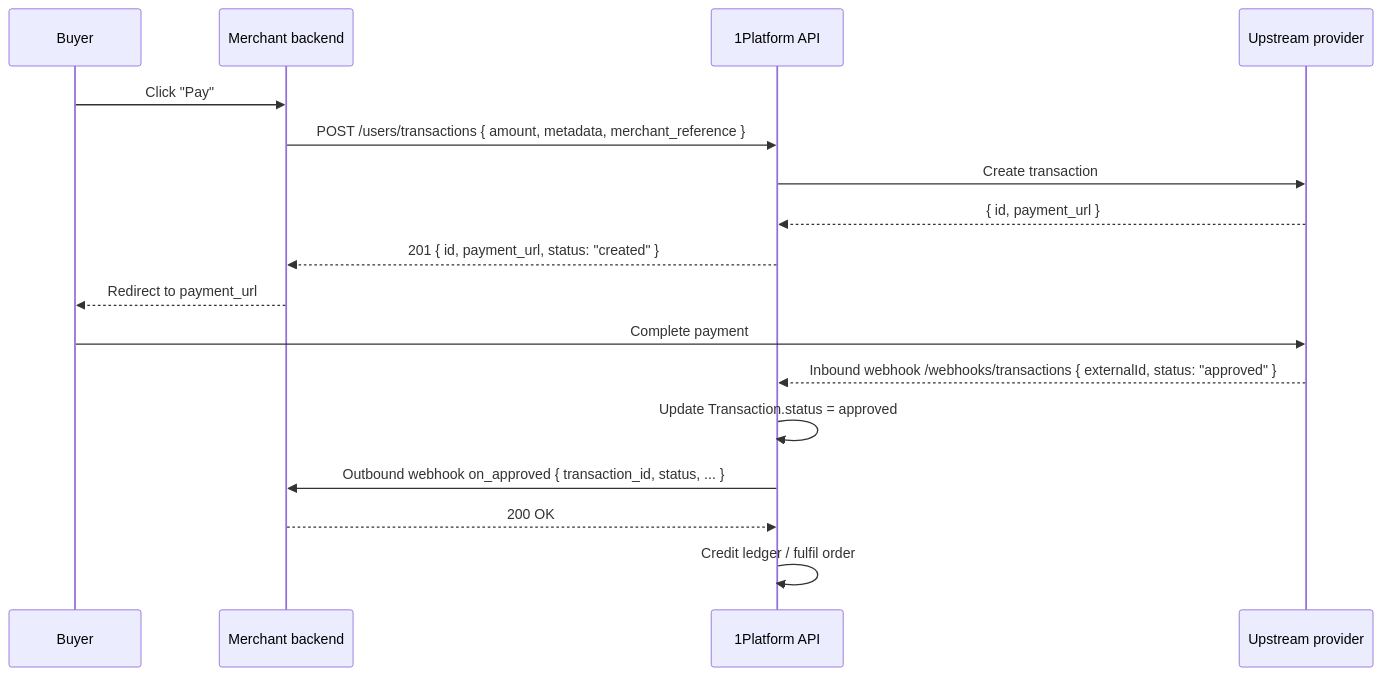
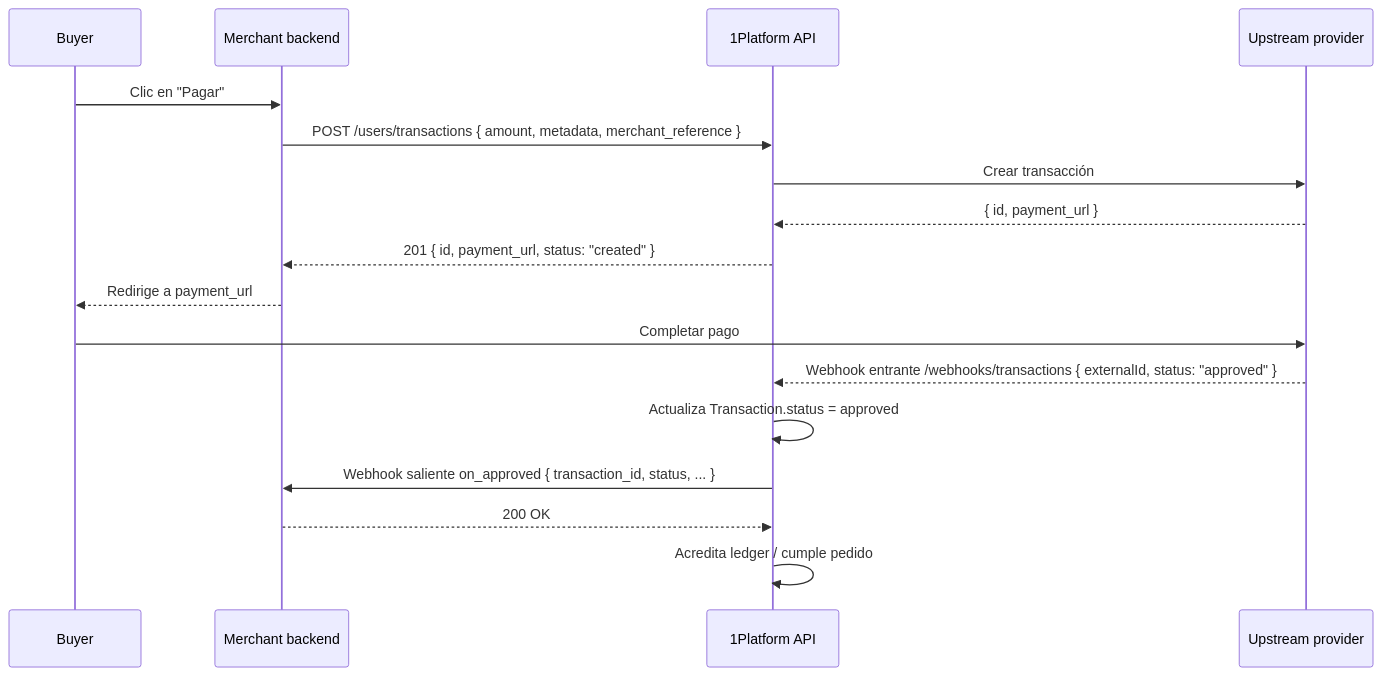
Before and after one commit to 1platformlabs/1platform-api-developer: the diagram in docs/saas/1platform-api/webhooks/overview.mdx, drawn with Mermaid. The commit also changed other lines of this file and 136 other files, not shown here.

````diff
--- a/docs/saas/1platform-api/webhooks/overview.mdx
+++ b/docs/saas/1platform-api/webhooks/overview.mdx
@@ -41,20 +41,20 @@
 ```mermaid
 sequenceDiagram
   participant B as Buyer
   participant M as Merchant backend
   participant P as 1Platform API
   participant U as Upstream provider
 
-  B->>M: Click "Pay"
+  B->>M: Clic en "Pagar"
   M->>P: POST /users/transactions { amount, metadata, merchant_reference }
-  P->>U: Create transaction
+  P->>U: Crear transacción
   U-->>P: { id, payment_url }
   P-->>M: 201 { id, payment_url, status: "created" }
-  M-->>B: Redirect to payment_url
-  B->>U: Complete payment
-  U-->>P: Inbound webhook /webhooks/transactions { externalId, status: "approved" }
-  P->>P: Update Transaction.status = approved
-  P->>M: Outbound webhook on_approved { transaction_id, status, ... }
+  M-->>B: Redirige a payment_url
+  B->>U: Completar pago
+  U-->>P: Webhook entrante /webhooks/transactions { externalId, status: "approved" }
+  P->>P: Actualiza Transaction.status = approved
+  P->>M: Webhook saliente on_approved { transaction_id, status, ... }
   M-->>P: 200 OK
-  P->>P: Credit ledger / fulfil order
+  P->>P: Acredita ledger / cumple pedido
 ```
````
